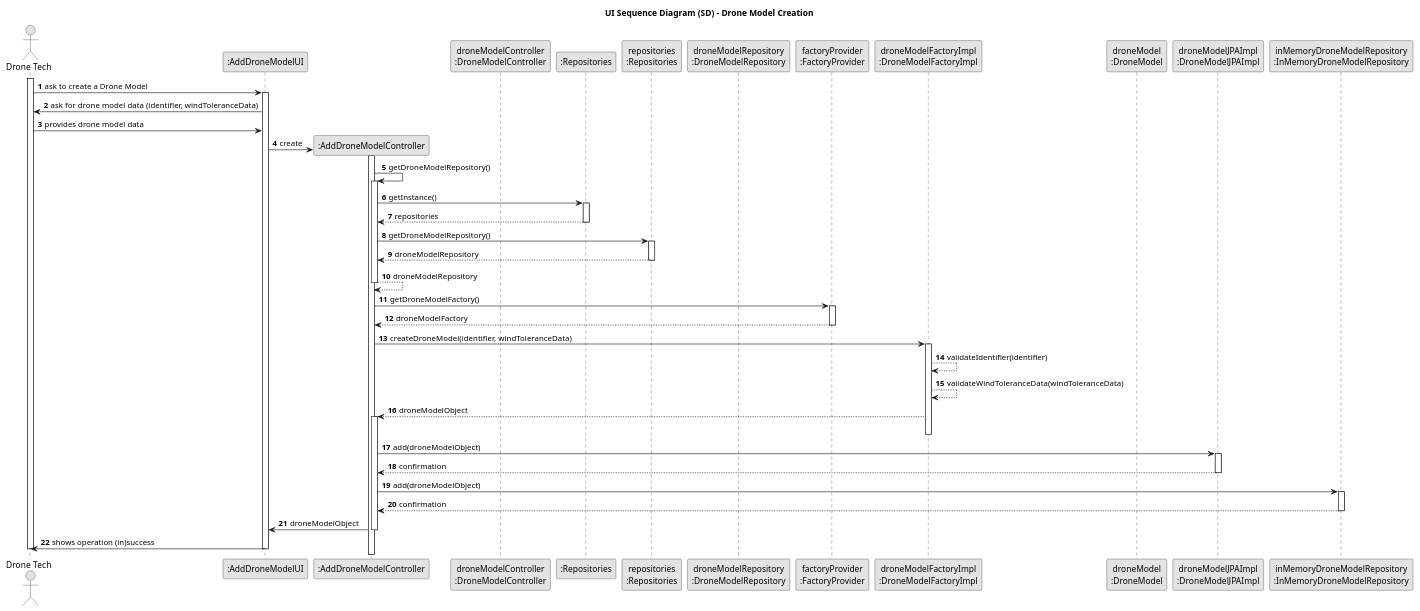
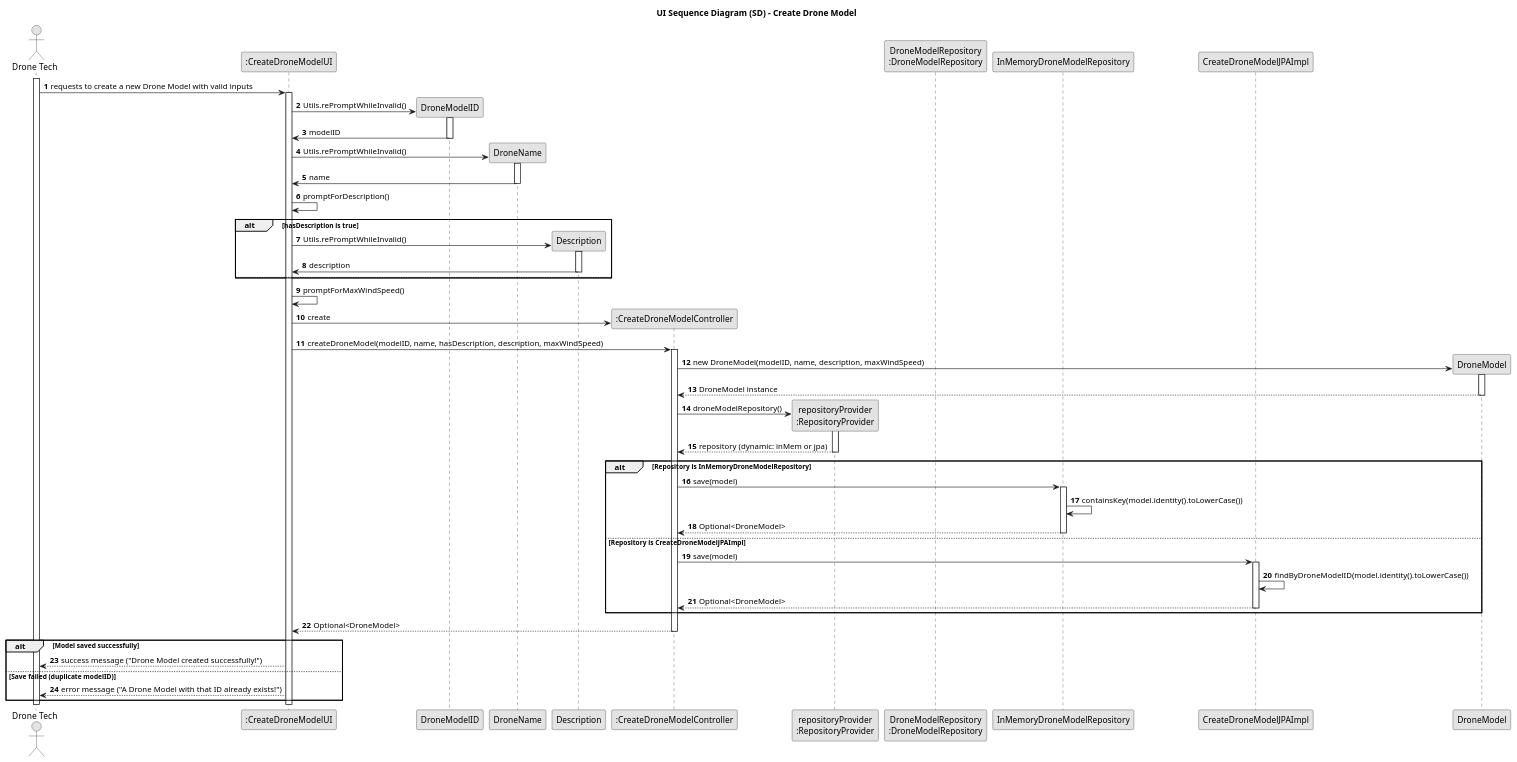
One commit to SAEmanuel/Shodrone_ISEP changed the diagram in docs/planning/sprint2/EAPLI/US240 - Drone model creation/03.design/puml/us240-sequence-diagram-full.puml. Above: the diagram before and after it, drawn with PlantUML. The commit also changed 2 other files, not shown here.

```diff
--- a/docs/planning/sprint2/EAPLI/US240 - Drone model creation/03.design/puml/us240-sequence-diagram-full.puml
+++ b/docs/planning/sprint2/EAPLI/US240 - Drone model creation/03.design/puml/us240-sequence-diagram-full.puml
@@ -1,92 +1,88 @@
 @startuml
 skinparam monochrome true
 skinparam packageStyle rectangle
 skinparam shadowing false
 
-title UI Sequence Diagram (SD) - Drone Model Creation
+title UI Sequence Diagram (SD) - Create Drone Model
 
 autonumber
 
-actor "Drone Tech" as droneTech
-participant ":AddDroneModelUI" as UI
-participant ":AddDroneModelController" as CTRL
-participant "droneModelController\n:DroneModelController" as dmCtrl
-participant ":Repositories" as RepositorySingleton
-participant "repositories\n:Repositories" as PLAT
-participant "droneModelRepository\n:DroneModelRepository" as dmRepo
+actor "Drone Tech" as DT
+participant ":CreateDroneModelUI" as UI
+participant "DroneModelID" as modelID
+participant "DroneName" as name
+participant "Description" as desc
+participant ":CreateDroneModelController" as CTRL
+participant "repositoryProvider\n:RepositoryProvider" as provider
+participant "DroneModelRepository\n:DroneModelRepository" as interface
+participant "InMemoryDroneModelRepository" as inMem
+participant "CreateDroneModelJPAImpl" as jpa
+participant "DroneModel" as model
 
-participant "factoryProvider\n:FactoryProvider" as factProv
-participant "droneModelFactoryImpl\n:DroneModelFactoryImpl" as dmFactImpl
-participant "droneModel\n:DroneModel" as droneModel
+activate DT
 
-participant "droneModelJPAImpl\n:DroneModelJPAImpl" as dmJPA
-participant "inMemoryDroneModelRepository\n:InMemoryDroneModelRepository" as dmMem
+DT -> UI : requests to create a new Drone Model with valid inputs
+activate UI
 
+UI -> modelID **: Utils.rePromptWhileInvalid()
+activate modelID
+modelID -> UI : modelID
+deactivate modelID
 
-activate droneTech
+UI -> name **: Utils.rePromptWhileInvalid()
+activate name
+name -> UI : name
+deactivate name
 
-    droneTech -> UI : ask to create a Drone Model
-    activate UI
+UI -> UI : promptForDescription()
+alt hasDescription is true
+    UI -> desc **: Utils.rePromptWhileInvalid()
+    activate desc
+    desc -> UI : description
+    deactivate desc
+else
+    note right : skips description
+end
 
-    UI -> droneTech : ask for drone model data (identifier, windToleranceData)
-    droneTech -> UI : provides drone model data
+UI -> UI : promptForMaxWindSpeed()
+UI -> CTRL **: create
+UI -> CTRL : createDroneModel(modelID, name, hasDescription, description, maxWindSpeed)
+activate CTRL
 
-    UI -> CTRL** : create
+CTRL -> model **: new DroneModel(modelID, name, description, maxWindSpeed)
+activate model
+model --> CTRL : DroneModel instance
+deactivate model
 
-    activate CTRL
+CTRL -> provider ** : droneModelRepository()
+activate provider
+provider --> CTRL : repository (dynamic: inMem or jpa)
+deactivate provider
 
-        CTRL -> CTRL : getDroneModelRepository()
-        activate CTRL
+alt Repository is InMemoryDroneModelRepository
+    CTRL -> inMem : save(model)
+    activate inMem
+    inMem -> inMem : containsKey(model.identity().toLowerCase())
+    inMem --> CTRL : Optional<DroneModel>
+    deactivate inMem
+else Repository is CreateDroneModelJPAImpl
+    CTRL -> jpa : save(model)
+    activate jpa
+    jpa -> jpa : findByDroneModelID(model.identity().toLowerCase())
+    jpa --> CTRL : Optional<DroneModel>
+    deactivate jpa
+end
 
-            CTRL -> RepositorySingleton : getInstance()
-            activate RepositorySingleton
+CTRL --> UI : Optional<DroneModel>
+deactivate CTRL
 
-                RepositorySingleton --> CTRL: repositories
-            deactivate RepositorySingleton
-
-            CTRL -> PLAT : getDroneModelRepository()
-            activate PLAT
-
-                PLAT --> CTRL: droneModelRepository
-            deactivate PLAT
-            CTRL --> CTRL : droneModelRepository
-
-        deactivate CTRL
-
-        CTRL -> factProv : getDroneModelFactory()
-        activate factProv
-
-            factProv --> CTRL : droneModelFactory
-        deactivate factProv
-
-        CTRL -> dmFactImpl : createDroneModel(identifier, windToleranceData)
-        activate dmFactImpl
-            dmFactImpl --> dmFactImpl : validateIdentifier(identifier)
-            dmFactImpl --> dmFactImpl : validateWindToleranceData(windToleranceData)
-
-                dmFactImpl --> CTRL : droneModelObject
-                activate CTRL
-
-        deactivate dmFactImpl
-
-        CTRL -> dmJPA : add(droneModelObject)
-        activate dmJPA
-
-            dmJPA --> CTRL : confirmation
-        deactivate dmJPA
-
-        CTRL -> dmMem : add(droneModelObject)
-        activate dmMem
-
-            dmMem --> CTRL : confirmation
-        deactivate dmMem
-
-        CTRL -> UI : droneModelObject
-    deactivate CTRL
-
-    UI -> droneTech : shows operation (in)success
+alt Model saved successfully
+    UI --> DT : success message ("Drone Model created successfully!")
+else Save failed (duplicate modelID)
+    UI --> DT : error message ("A Drone Model with that ID already exists!")
+end
 
 deactivate UI
-deactivate droneTech
+deactivate DT
 
 @enduml
```
